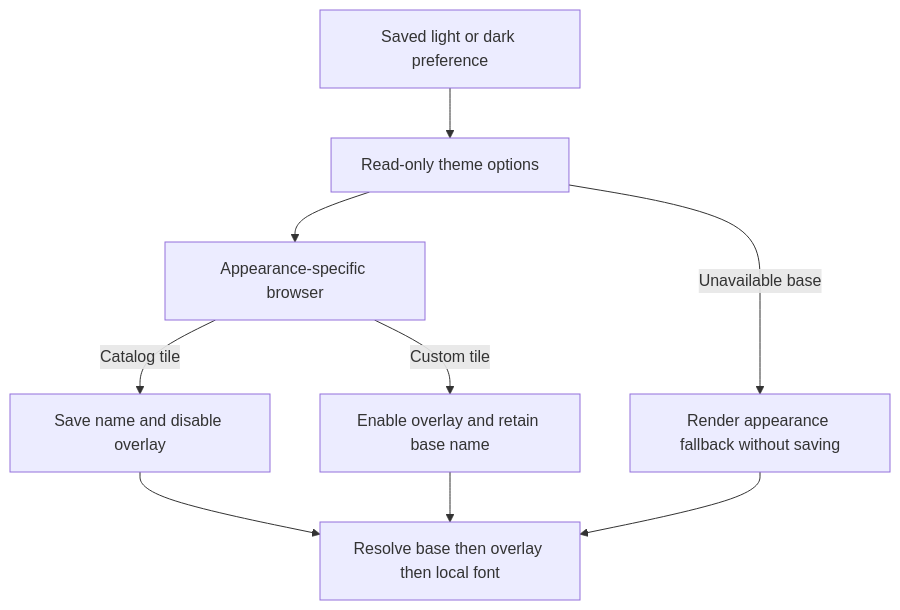
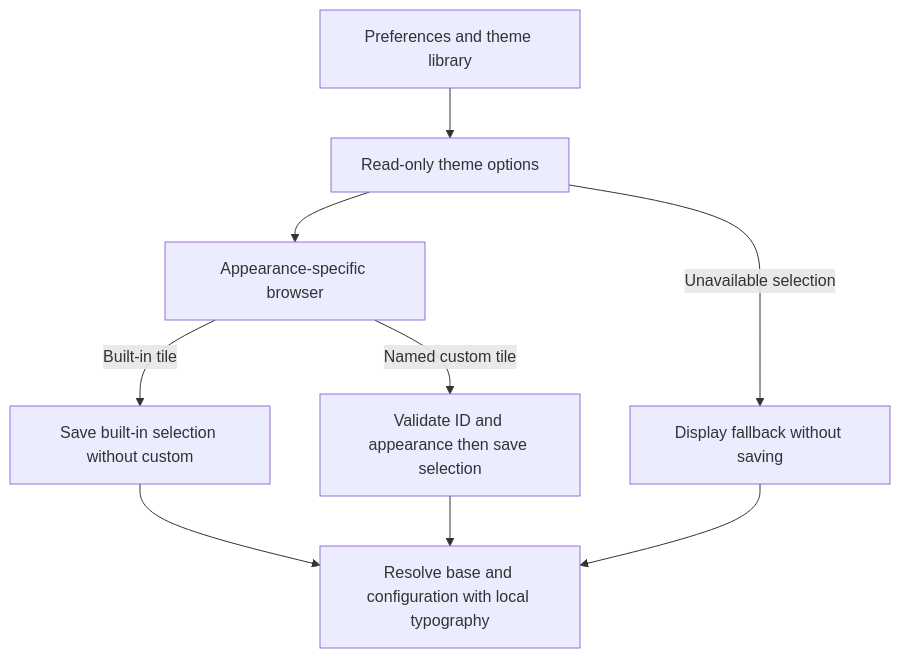
One commit to AkinoKaede/Termind changed the fifth of 5 diagrams in openwiki/concepts/ui-design-principles.md. Above: the diagram before and after it, drawn with Mermaid. The commit also changed other lines of this file and 67 other files, not shown here.

````diff
--- a/openwiki/concepts/ui-design-principles.md
+++ b/openwiki/concepts/ui-design-principles.md
@@ -312,11 +320,11 @@
 ```mermaid
 flowchart TD
-    Stored[Saved light or dark preference] --> Options[Read-only theme options]
+    Stored[Preferences and theme library] --> Options[Read-only theme options]
     Options --> Browser[Appearance-specific browser]
-    Browser -->|Catalog tile| Base[Save name and disable overlay]
-    Browser -->|Custom tile| Custom[Enable overlay and retain base name]
-    Base --> Render[Resolve base then overlay then local font]
+    Browser -->|Built-in tile| Base[Save built-in selection without custom]
+    Browser -->|Named custom tile| Custom[Validate ID and appearance then save selection]
+    Base --> Render[Resolve base and configuration with local typography]
     Custom --> Render
-    Options -->|Unavailable base| Fallback[Render appearance fallback without saving]
+    Options -->|Unavailable selection| Fallback[Display fallback without saving]
     Fallback --> Render
 ```
````
